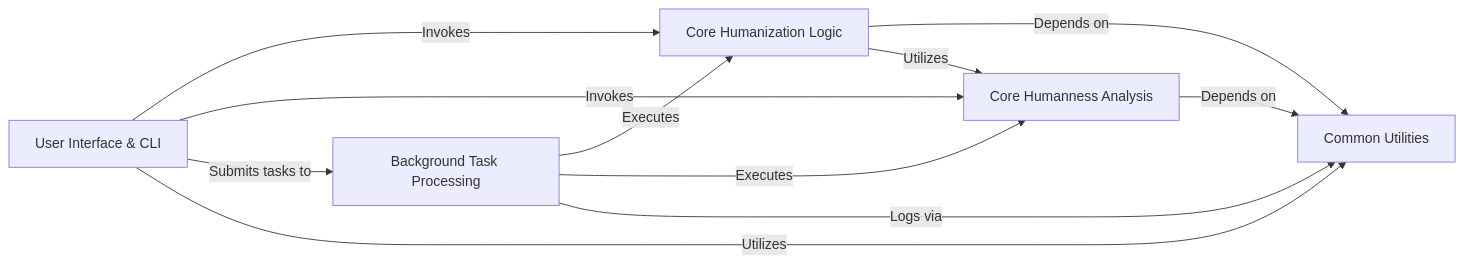
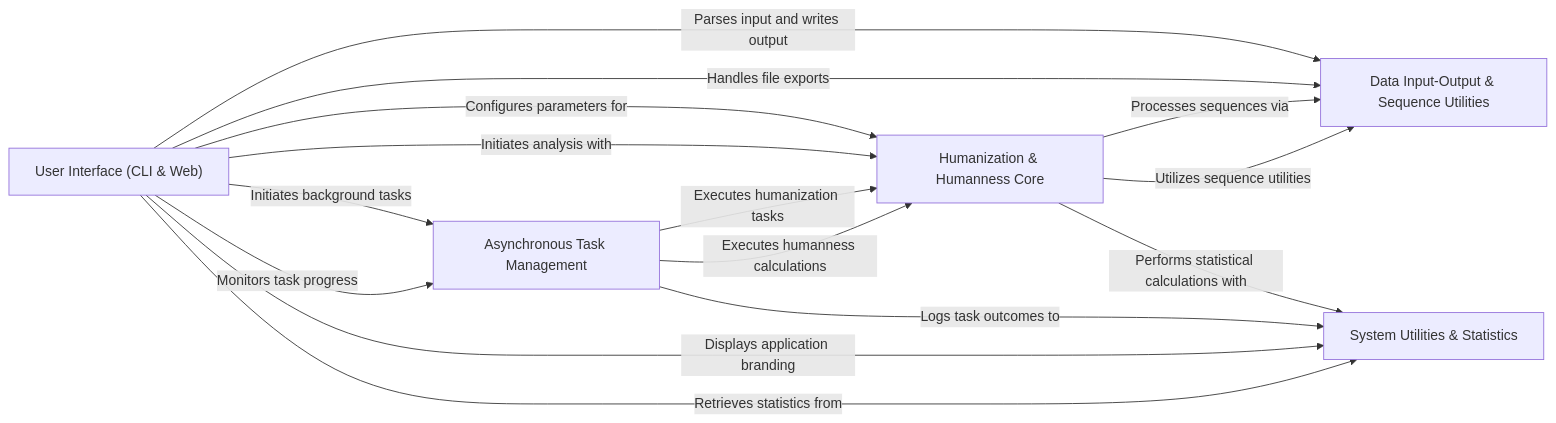
Before and after one commit to CodeBoarding/GeneratedOnBoardings: the diagram in BioPhi/on_boarding.md, drawn with Mermaid. The commit also changed other lines of this file and 10 other files, not shown here.

Commit message:
Uploading onboarding materials for BioPhi

````diff
--- a/BioPhi/on_boarding.md
+++ b/BioPhi/on_boarding.md
@@ -1,23 +1,27 @@
 ```mermaid
 graph LR
-    User_Interface_CLI["User Interface & CLI"]
-    Core_Humanization_Logic["Core Humanization Logic"]
-    Core_Humanness_Analysis["Core Humanness Analysis"]
-    Background_Task_Processing["Background Task Processing"]
-    Common_Utilities["Common Utilities"]
-    User_Interface_CLI -- "Invokes" --> Core_Humanization_Logic
-    User_Interface_CLI -- "Invokes" --> Core_Humanness_Analysis
-    User_Interface_CLI -- "Submits tasks to" --> Background_Task_Processing
-    User_Interface_CLI -- "Utilizes" --> Common_Utilities
-    Background_Task_Processing -- "Executes" --> Core_Humanization_Logic
-    Background_Task_Processing -- "Executes" --> Core_Humanness_Analysis
-    Background_Task_Processing -- "Logs via" --> Common_Utilities
-    Core_Humanization_Logic -- "Depends on" --> Common_Utilities
-    Core_Humanization_Logic -- "Utilizes" --> Core_Humanness_Analysis
-    Core_Humanness_Analysis -- "Depends on" --> Common_Utilities
-    click User_Interface_CLI href "https://github.com/CodeBoarding/GeneratedOnBoardings/blob/main/BioPhi/User Interface & CLI.md" "Details"
-    click Core_Humanization_Logic href "https://github.com/CodeBoarding/GeneratedOnBoardings/blob/main/BioPhi/Core Humanization Logic.md" "Details"
-    click Core_Humanness_Analysis href "https://github.com/CodeBoarding/GeneratedOnBoardings/blob/main/BioPhi/Core Humanness Analysis.md" "Details"
-    click Background_Task_Processing href "https://github.com/CodeBoarding/GeneratedOnBoardings/blob/main/BioPhi/Background Task Processing.md" "Details"
-    click Common_Utilities href "https://github.com/CodeBoarding/GeneratedOnBoardings/blob/main/BioPhi/Common Utilities.md" "Details"
+    User_Interface_CLI_Web_["User Interface (CLI & Web)"]
+    Asynchronous_Task_Management["Asynchronous Task Management"]
+    Humanization_Humanness_Core["Humanization & Humanness Core"]
+    Data_Input_Output_Sequence_Utilities["Data Input-Output & Sequence Utilities"]
+    System_Utilities_Statistics["System Utilities & Statistics"]
+    User_Interface_CLI_Web_ -- "Parses input and writes output" --> Data_Input_Output_Sequence_Utilities
+    User_Interface_CLI_Web_ -- "Handles file exports" --> Data_Input_Output_Sequence_Utilities
+    User_Interface_CLI_Web_ -- "Configures parameters for" --> Humanization_Humanness_Core
+    User_Interface_CLI_Web_ -- "Initiates analysis with" --> Humanization_Humanness_Core
+    User_Interface_CLI_Web_ -- "Initiates background tasks" --> Asynchronous_Task_Management
+    User_Interface_CLI_Web_ -- "Monitors task progress" --> Asynchronous_Task_Management
+    User_Interface_CLI_Web_ -- "Displays application branding" --> System_Utilities_Statistics
+    User_Interface_CLI_Web_ -- "Retrieves statistics from" --> System_Utilities_Statistics
+    Asynchronous_Task_Management -- "Executes humanization tasks" --> Humanization_Humanness_Core
+    Asynchronous_Task_Management -- "Executes humanness calculations" --> Humanization_Humanness_Core
+    Asynchronous_Task_Management -- "Logs task outcomes to" --> System_Utilities_Statistics
+    Humanization_Humanness_Core -- "Processes sequences via" --> Data_Input_Output_Sequence_Utilities
+    Humanization_Humanness_Core -- "Utilizes sequence utilities" --> Data_Input_Output_Sequence_Utilities
+    Humanization_Humanness_Core -- "Performs statistical calculations with" --> System_Utilities_Statistics
+    click User_Interface_CLI_Web_ href "https://github.com/CodeBoarding/GeneratedOnBoardings/blob/main//BioPhi/User Interface (CLI & Web).md" "Details"
+    click Asynchronous_Task_Management href "https://github.com/CodeBoarding/GeneratedOnBoardings/blob/main//BioPhi/Asynchronous Task Management.md" "Details"
+    click Humanization_Humanness_Core href "https://github.com/CodeBoarding/GeneratedOnBoardings/blob/main//BioPhi/Humanization & Humanness Core.md" "Details"
+    click Data_Input_Output_Sequence_Utilities href "https://github.com/CodeBoarding/GeneratedOnBoardings/blob/main//BioPhi/Data Input-Output & Sequence Utilities.md" "Details"
+    click System_Utilities_Statistics href "https://github.com/CodeBoarding/GeneratedOnBoardings/blob/main//BioPhi/System Utilities & Statistics.md" "Details"
 ```
````
